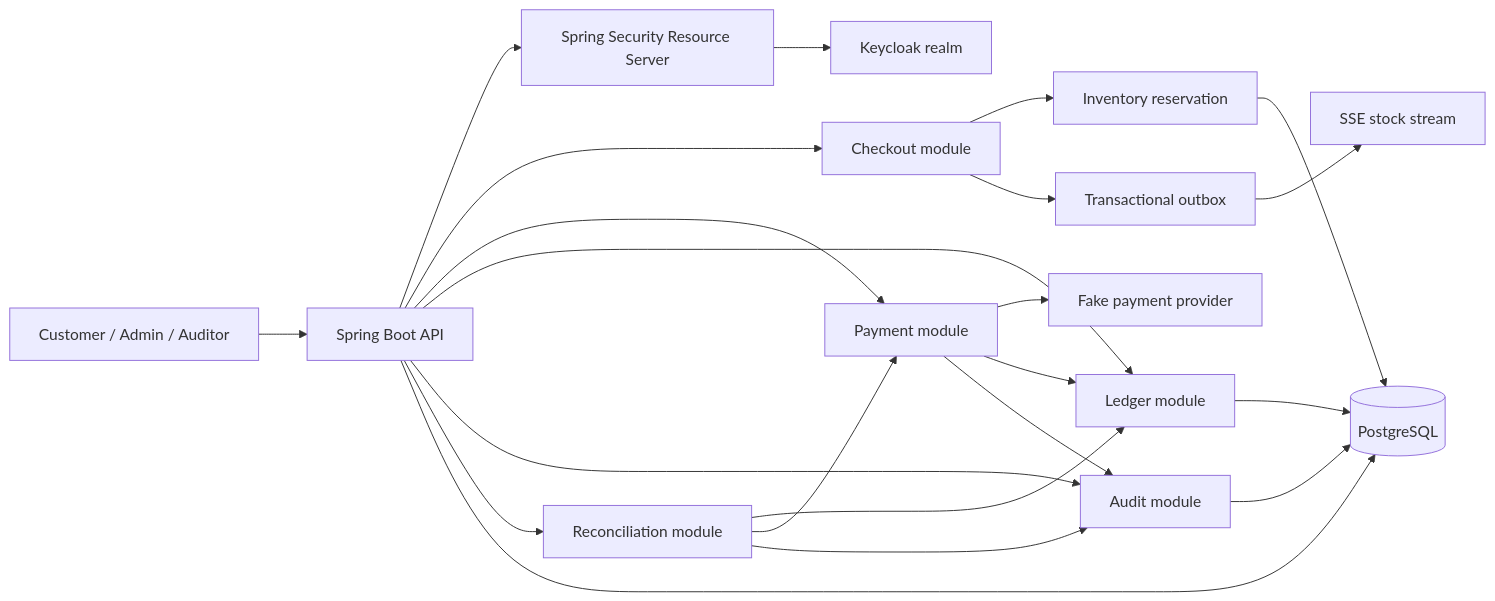
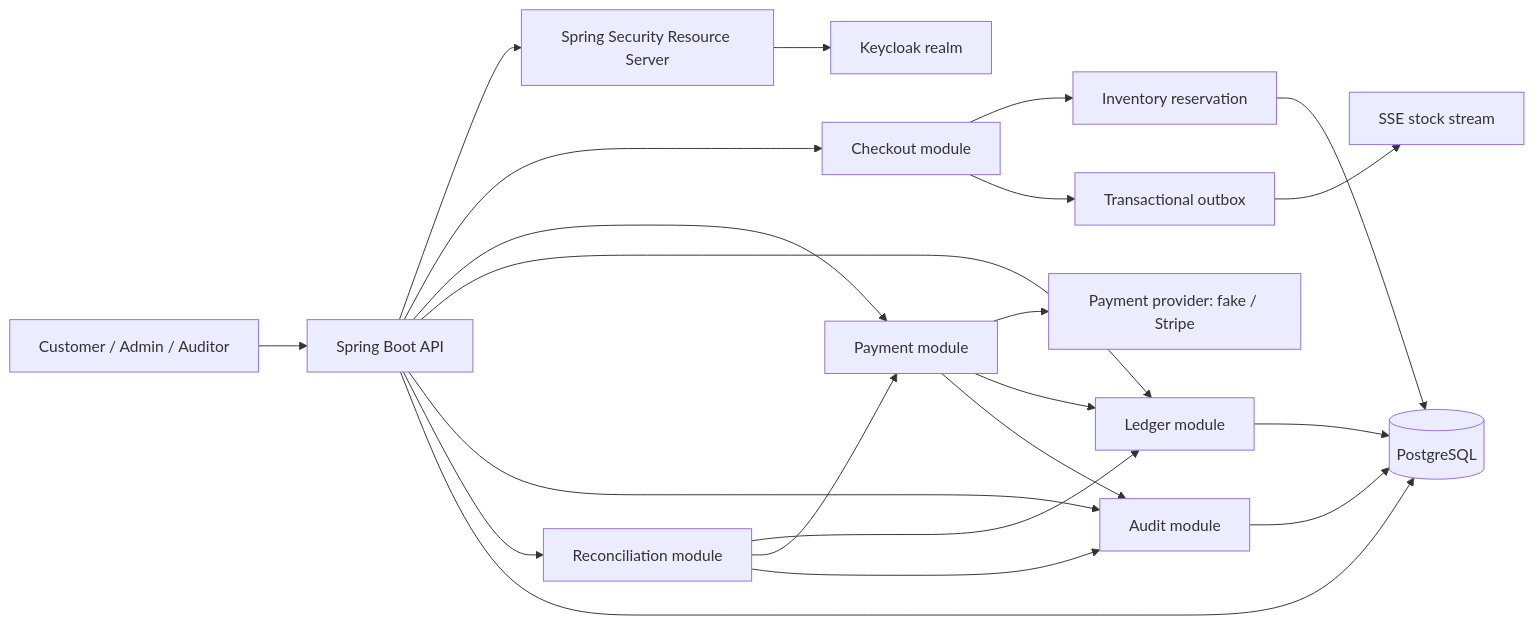
One commit to HuuPhu-Nguyen/EcommerceAPI changed the diagram in README.md. Above: the diagram before and after it, drawn with Mermaid. The commit also changed other lines of this file and 14 other files, not shown here.

````diff
--- a/README.md
+++ b/README.md
@@ -28,24 +28,24 @@
 ```mermaid
 flowchart LR
     Client[Customer / Admin / Auditor] --> API[Spring Boot API]
     API --> Security[Spring Security Resource Server]
     Security --> Keycloak[Keycloak realm]
     API --> Checkout[Checkout module]
     API --> Payment[Payment module]
     API --> Ledger[Ledger module]
     API --> Audit[Audit module]
     API --> Reconciliation[Reconciliation module]
     Checkout --> Inventory[Inventory reservation]
     Checkout --> Outbox[Transactional outbox]
-    Payment --> Provider[Fake payment provider]
+    Payment --> Provider[Payment provider: fake / Stripe]
     Payment --> Ledger
     Payment --> Audit
     Reconciliation --> Ledger
     Reconciliation --> Payment
     Reconciliation --> Audit
     API --> PostgreSQL[(PostgreSQL)]
     Inventory --> PostgreSQL
     Ledger --> PostgreSQL
     Audit --> PostgreSQL
     Outbox --> SSE[SSE stock stream]
 ```
````
